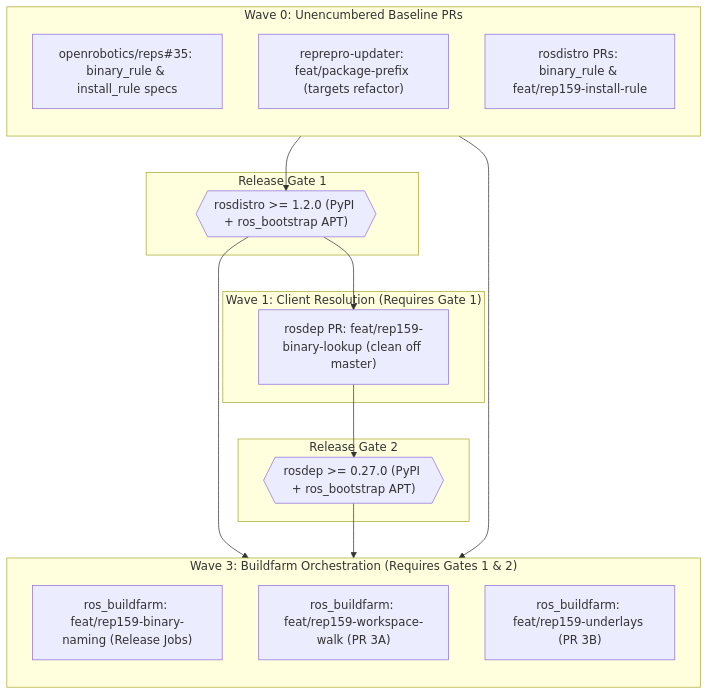
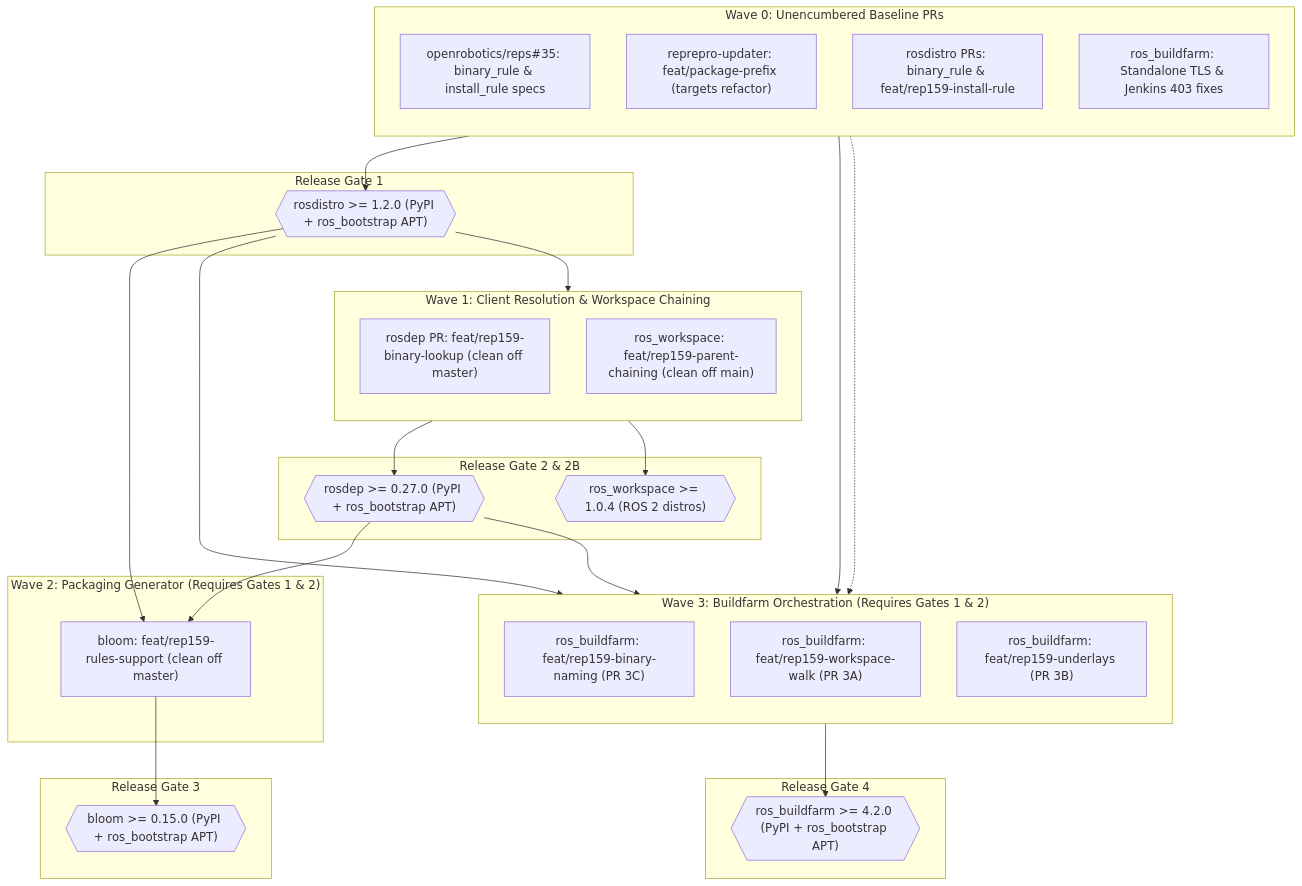
The second of 9 diagrams in TOPOLOGICAL_TESTING_EVIDENCE_GIST.md (KmoM88/rep159-testing), drawn with Mermaid before and after one commit. The commit also changed 2 other files, not shown here.

Commit message:
docs: complete base repo documentation audit across all 5 stages and sync local gist tracking copy

````diff
--- a/TOPOLOGICAL_TESTING_EVIDENCE_GIST.md
+++ b/TOPOLOGICAL_TESTING_EVIDENCE_GIST.md
@@ -57,34 +57,56 @@
 ```mermaid
 flowchart TD
     subgraph Wave0 ["Wave 0: Unencumbered Baseline PRs"]
         direction TB
         REPS["openrobotics/reps#35: binary_rule & install_rule specs"]
         REPREPRO["reprepro-updater: feat/package-prefix (targets refactor)"]
         ROSDISTRO["rosdistro PRs: binary_rule & feat/rep159-install-rule"]
+        BF_STANDALONE["ros_buildfarm: Standalone TLS & Jenkins 403 fixes"]
     end
 
     subgraph Gate1 ["Release Gate 1"]
         G1{{"rosdistro >= 1.2.0 (PyPI + ros_bootstrap APT)"}}
     end
 
-    subgraph Wave1 ["Wave 1: Client Resolution (Requires Gate 1)"]
+    subgraph Wave1 ["Wave 1: Client Resolution & Workspace Chaining"]
+        direction TB
         ROSDEP["rosdep PR: feat/rep159-binary-lookup (clean off master)"]
+        WORKSPACE["ros_workspace: feat/rep159-parent-chaining (clean off main)"]
     end
 
-    subgraph Gate2 ["Release Gate 2"]
+    subgraph Gate2 ["Release Gate 2 & 2B"]
         G2{{"rosdep >= 0.27.0 (PyPI + ros_bootstrap APT)"}}
+        G2B{{"ros_workspace >= 1.0.4 (ROS 2 distros)"}}
+    end
+
+    subgraph Wave2 ["Wave 2: Packaging Generator (Requires Gates 1 & 2)"]
+        BLOOM["bloom: feat/rep159-rules-support (clean off master)"]
+    end
+
+    subgraph Gate3 ["Release Gate 3"]
+        G3{{"bloom >= 0.15.0 (PyPI + ros_bootstrap APT)"}}
     end
 
     subgraph Wave3 ["Wave 3: Buildfarm Orchestration (Requires Gates 1 & 2)"]
         direction TB
-        BF1["ros_buildfarm: feat/rep159-binary-naming (Release Jobs)"]
+        BF1["ros_buildfarm: feat/rep159-binary-naming (PR 3C)"]
         BF2["ros_buildfarm: feat/rep159-workspace-walk (PR 3A)"]
         BF3["ros_buildfarm: feat/rep159-underlays (PR 3B)"]
     end
 
+    subgraph Gate4 ["Release Gate 4"]
+        G4{{"ros_buildfarm >= 4.2.0 (PyPI + ros_bootstrap APT)"}}
+    end
+
     ROSDISTRO --> G1
     G1 --> ROSDEP --> G2
+    WORKSPACE --> G2B
+    G1 --> BLOOM
+    G2 --> BLOOM
+    BLOOM --> G3
     G1 --> Wave3
     G2 --> Wave3
     REPREPRO --> Wave3
+    BF_STANDALONE -.-> Wave3
+    Wave3 --> G4
 ```
````
